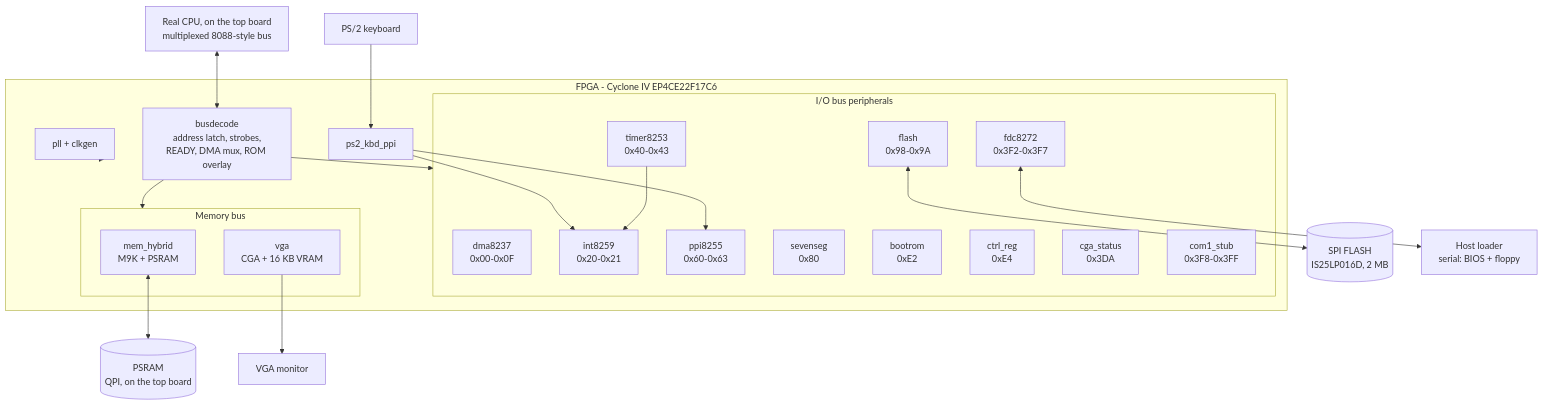
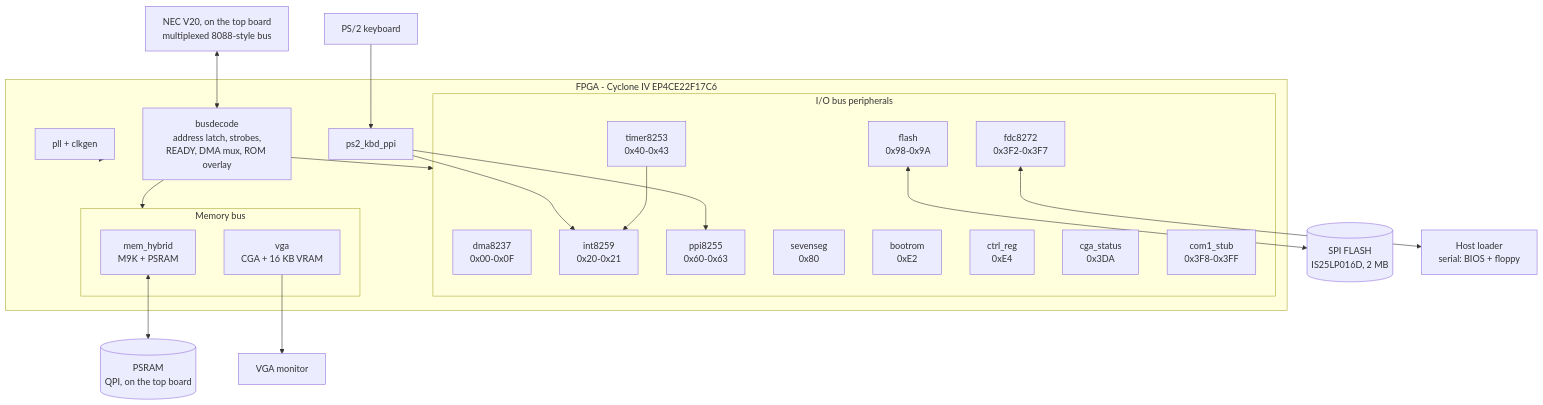
Before and after one commit to mathijsvandenberg/gertieboard: the diagram in docs/architecture.md, drawn with Mermaid. The commit also changed other lines of this file and 8 other files, not shown here.

First line of the commit message:
Add a hardware page with the board photo, and correct the CPU

````diff
--- a/docs/architecture.md
+++ b/docs/architecture.md
@@ -13,49 +14,49 @@
 ```mermaid
 flowchart TB
-    CPU["Real CPU, on the top board<br/>multiplexed 8088-style bus"]
+    CPU["NEC V20, on the top board<br/>multiplexed 8088-style bus"]
 
     subgraph FPGA["FPGA - Cyclone IV EP4CE22F17C6"]
         BD["busdecode<br/>address latch, strobes,<br/>READY, DMA mux, ROM overlay"]
 
         subgraph IOB["I/O bus peripherals"]
             DMA["dma8237<br/>0x00-0x0F"]
             PIC["int8259<br/>0x20-0x21"]
             PIT["timer8253<br/>0x40-0x43"]
             PPI["ppi8255<br/>0x60-0x63"]
             SEG["sevenseg<br/>0x80"]
             SPI["flash<br/>0x98-0x9A"]
             BR["bootrom<br/>0xE2"]
             CR["ctrl_reg<br/>0xE4"]
             CST["cga_status<br/>0x3DA"]
             FDC["fdc8272<br/>0x3F2-0x3F7"]
             COM["com1_stub<br/>0x3F8-0x3FF"]
         end
 
         subgraph MEMB["Memory bus"]
             MH["mem_hybrid<br/>M9K + PSRAM"]
             VGA["vga<br/>CGA + 16 KB VRAM"]
         end
 
         KBD["ps2_kbd_ppi"]
         CLK["pll + clkgen"]
     end
 
     RAM[("PSRAM<br/>QPI, on the top board")]
     FL[("SPI FLASH<br/>IS25LP016D, 2 MB")]
     MON["VGA monitor"]
     KB["PS/2 keyboard"]
     HOST["Host loader<br/>serial: BIOS + floppy"]
 
     CPU <--> BD
     BD --> IOB
     BD --> MEMB
     MH <--> RAM
     SPI <--> FL
     VGA --> MON
     KB --> KBD
     KBD --> PPI
     KBD --> PIC
     FDC <--> HOST
     PIT --> PIC
     CLK --> FPGA
 ```
````
